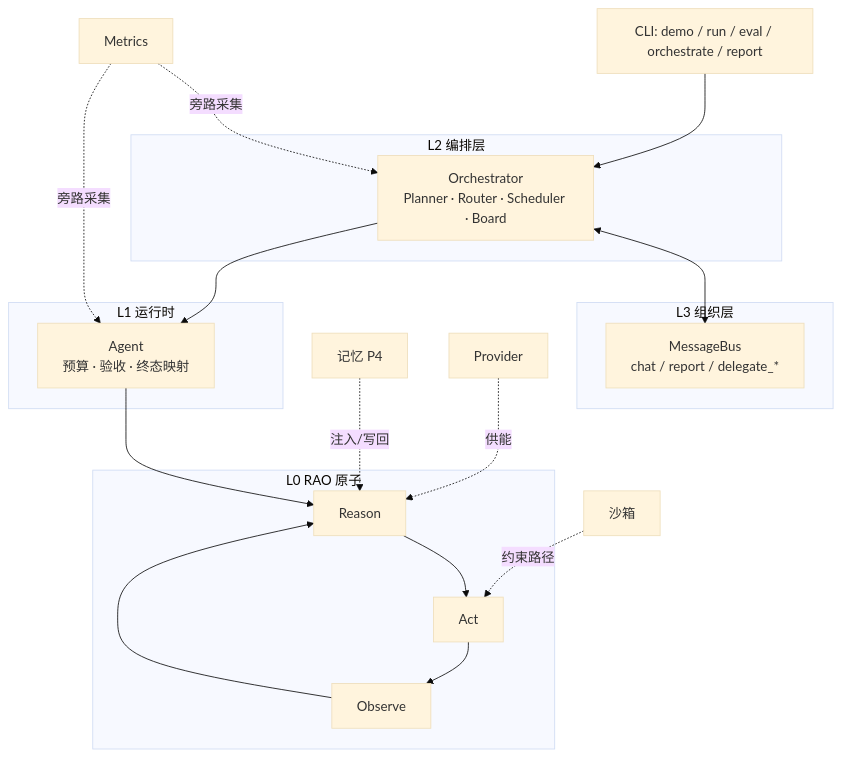
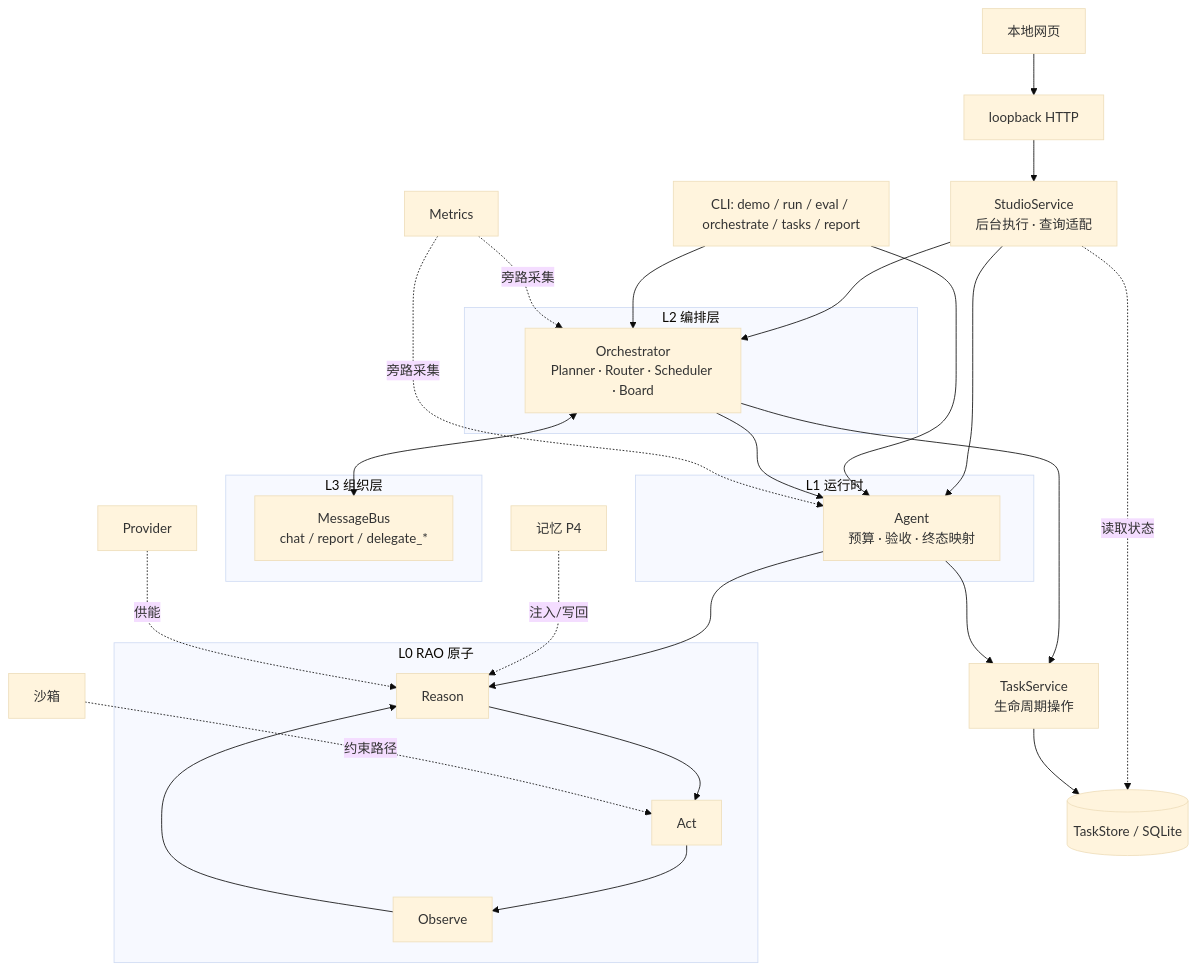
One commit to Fei-stack-wq/maie5221-NLP-FinalProject changed the first of 2 diagrams in docs/architecture.md. Above: the diagram before and after it, drawn with Mermaid (base theme). The commit also changed other lines of this file and 93 other files, not shown here.

Commit message:
feat: ship local Agent Studio, persistent tasks and verified team handoffs

````diff
--- a/docs/architecture.md
+++ b/docs/architecture.md
@@ -73,23 +79,32 @@
 ```mermaid
 flowchart TB
-    CLI[CLI: demo / run / eval / orchestrate / report] --> ORC
+    WEB[本地网页] --> HTTP[loopback HTTP]
+    HTTP --> STUDIO[StudioService<br/>后台执行 · 查询适配]
+    STUDIO --> ORC
+    STUDIO --> AG
+    STUDIO -.读取状态.-> STORE[(TaskStore / SQLite)]
+    CLI[CLI: demo / run / eval / orchestrate / tasks / report] --> ORC
+    CLI --> AG
+    SERVICE[TaskService<br/>生命周期操作] --> STORE
     subgraph L2[L2 编排层]
         ORC[Orchestrator<br/>Planner · Router · Scheduler · Board]
     end
     subgraph L3[L3 组织层]
         BUS[MessageBus<br/>chat / report / delegate_*]
     end
     subgraph L1[L1 运行时]
         AG[Agent<br/>预算 · 验收 · 终态映射]
     end
     subgraph L0[L0 RAO 原子]
         R[Reason] --> A[Act] --> O[Observe] --> R
     end
     ORC <--> BUS
     ORC --> AG --> R
+    ORC --> SERVICE
+    AG --> SERVICE
     X1[记忆 P4] -.注入/写回.-> R
     X2[沙箱] -.约束路径.-> A
     X3[Provider] -.供能.-> R
     X4[Metrics] -.旁路采集.-> ORC
     X4 -.旁路采集.-> AG
 ```
````
